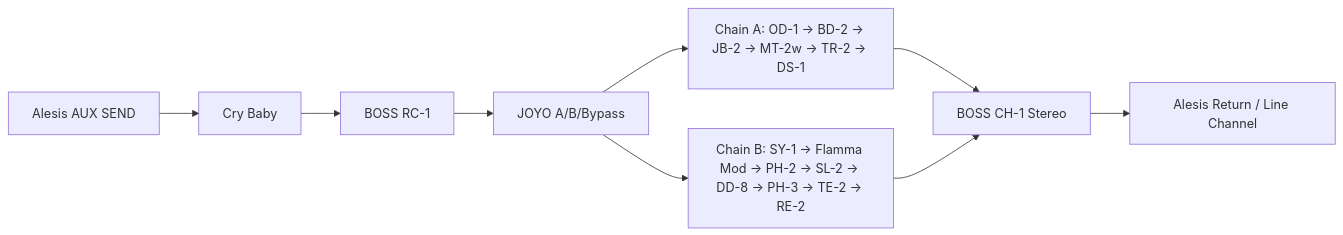
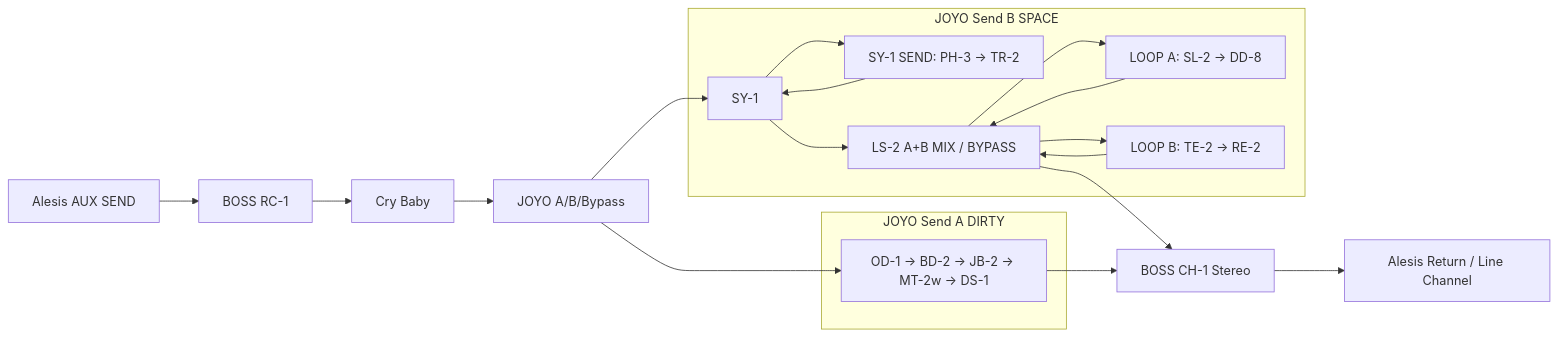
One commit to sempervent/music-rig changed the diagram in diagrams/aux-send-loop.mmd. Above: the diagram before and after it, drawn with Mermaid. The commit also changed 24 other files, not shown here.

```diff
--- a/diagrams/aux-send-loop.mmd
+++ b/diagrams/aux-send-loop.mmd
@@ -1,14 +1,33 @@
 flowchart LR
   Aux[Alesis AUX SEND]
+  RC1[BOSS RC-1]
   Wah[Cry Baby]
-  Loop[BOSS RC-1]
   Router[JOYO A/B/Bypass]
-  A[Chain A: OD-1 -> BD-2 -> JB-2 -> MT-2w -> TR-2 -> DS-1]
-  B[Chain B: SY-1 -> Flamma Mod -> PH-2 -> SL-2 -> DD-8 -> PH-3 -> TE-2 -> RE-2]
+
+  subgraph DIRTY[JOYO Send A DIRTY]
+    A[OD-1 -> BD-2 -> JB-2 -> MT-2w -> DS-1]
+  end
+
+  subgraph SPACE[JOYO Send B SPACE]
+    SY1[SY-1]
+    SYLoop[SY-1 SEND: PH-3 -> TR-2]
+    LS2[LS-2 A+B MIX / BYPASS]
+    LoopA[LOOP A: SL-2 -> DD-8]
+    LoopB[LOOP B: TE-2 -> RE-2]
+  end
+
   Chorus[BOSS CH-1 Stereo]
   Return[Alesis Return / Line Channel]
 
-  Aux --> Wah --> Loop --> Router
+  Aux --> RC1 --> Wah --> Router
   Router --> A --> Chorus
-  Router --> B --> Chorus
+  Router --> SY1
+  SY1 --> SYLoop
+  SYLoop --> SY1
+  SY1 --> LS2
+  LS2 --> LoopA
+  LS2 --> LoopB
+  LoopA --> LS2
+  LoopB --> LS2
+  LS2 --> Chorus
   Chorus --> Return
```
